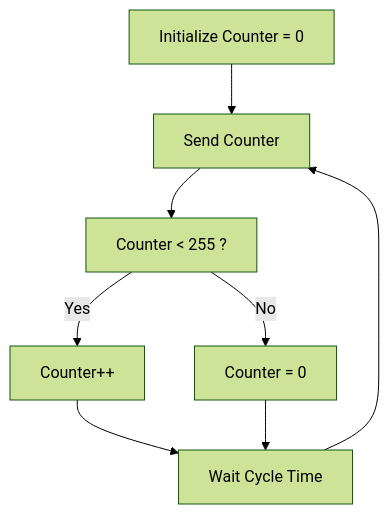
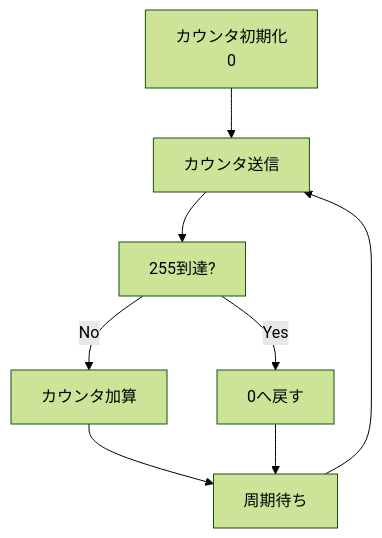
One commit to sekiya-mukai/arxml-parser-demo changed the fourth of 4 diagrams in README.md. Above: the diagram before and after it, drawn with Mermaid (forest theme). The commit also changed other lines of this file, not shown here.

````diff
--- a/README.md
+++ b/README.md
@@ -112,29 +115,29 @@
 ```mermaid
 flowchart TD
 
-    A["Initialize Counter = 0"]
+    A["カウンタ初期化<br>0"]
 
-    B["Send Counter"]
+    B["カウンタ送信"]
 
-    C["Counter < 255 ?"]
+    C["255到達?"]
 
-    D["Counter++"]
+    D["カウンタ加算"]
 
-    E["Counter = 0"]
+    E["0へ戻す"]
 
-    F["Wait Cycle Time"]
+    F["周期待ち"]
 
     A --> B
 
     B --> C
 
-    C -->|Yes| D
+    C -->|No| D
 
-    C -->|No| E
+    C -->|Yes| E
 
     D --> F
 
     E --> F
 
     F --> B
 ```
````
